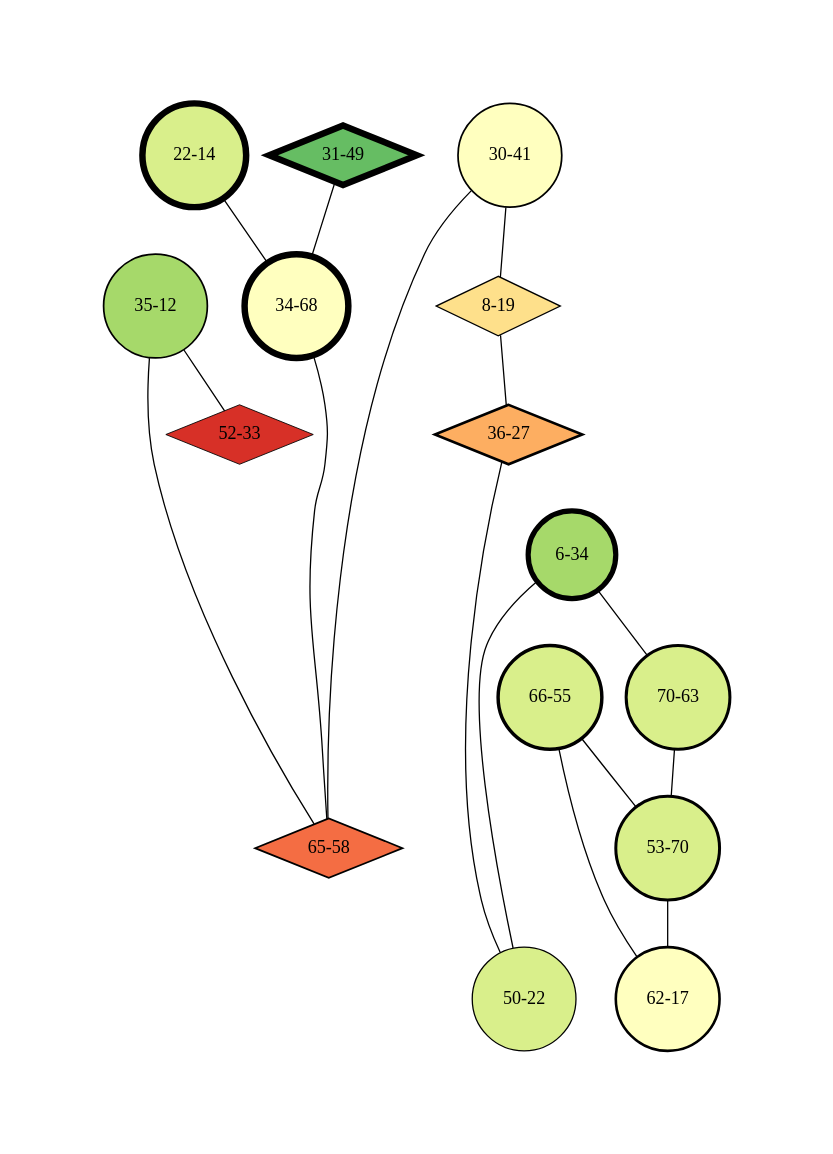
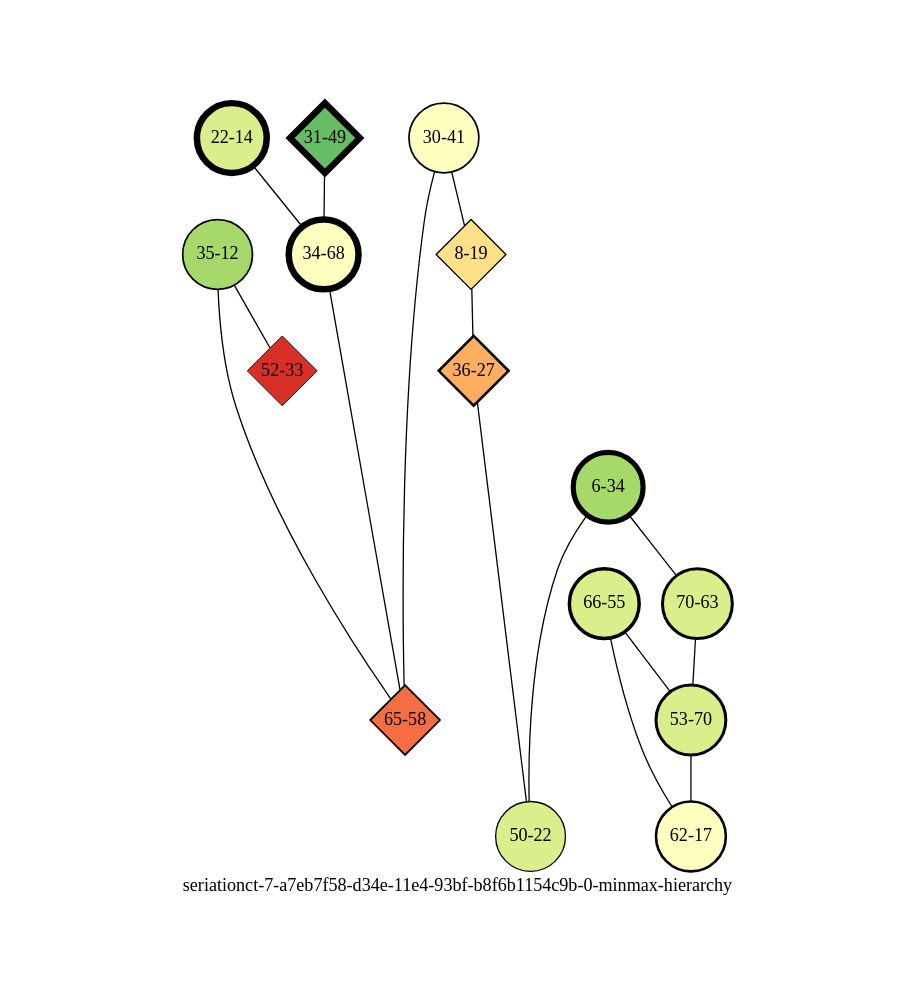
Before and after one commit to mmadsen/experiment-seriationct: the diagram in experiments/seriationct-7/seriation-results/a7eb7f58-d34e-11e4-93bf-b8f6b1154c9b-0-sampled-0.1/a7eb7f58-d34e-11e4-93bf-b8f6b1154c9b-0-sampled-0.1-minmax-by-weight.png-annotated-hierarchy.dot, drawn with Graphviz. The commit also changed 54 other files, not shown here.

```diff
--- a/experiments/seriationct-7/seriation-results/a7eb7f58-d34e-11e4-93bf-b8f6b1154c9b-0-sampled-0.1/a7eb7f58-d34e-11e4-93bf-b8f6b1154c9b-0-sampled-0.1-minmax-by-weight.png-annotated-hierarchy.dot
+++ b/experiments/seriationct-7/seriation-results/a7eb7f58-d34e-11e4-93bf-b8f6b1154c9b-0-sampled-0.1/a7eb7f58-d34e-11e4-93bf-b8f6b1154c9b-0-sampled-0.1-minmax-by-weight.png-annotated-hierarchy.dot
@@ -1,36 +1,37 @@
-strict graph G {
+strict graph "seriationct-7-a7eb7f58-d34e-11e4-93bf-b8f6b1154c9b-0-minmax-hierarchy" {
 labelloc=b;
 ratio=auto;
 pad="1.0";
-node [width="0.3", shape=circle, height="0.3", style=filled, label=""];
+label="seriationct-7-a7eb7f58-d34e-11e4-93bf-b8f6b1154c9b-0-minmax-hierarchy";
+node [width="0.75", style=filled, fixedsize=true, height="0.75", shape=circle, label=""];
 0 [xCoordinate="49.0", appears_in_slice=15, yCoordinate="31.0", level=child, colorscheme=rdylgn11, child_of="assemblage-34-37", short_label="31-49", label="31-49", shape=diamond, fillcolor=9, size="312.263661735", parent_node="assemblage-34-37", id=0, penwidth="5.0"];
 1 [xCoordinate="34.0", appears_in_slice=12, yCoordinate="6.0", level=grandchild, colorscheme=rdylgn11, child_of="assemblage-23-47", short_label="6-34", label="6-34", shape=circle, fillcolor=8, size="342.678102186", parent_node="assemblage-60-3", id=1, penwidth="4.0"];
 2 [xCoordinate="14.0", appears_in_slice=15, yCoordinate="22.0", level=grandchild, colorscheme=rdylgn11, child_of="assemblage-64-39", short_label="22-14", label="22-14", shape=circle, fillcolor=7, size="312.263661735", parent_node="assemblage-45-49", id=2, penwidth="5.0"];
 3 [xCoordinate="68.0", appears_in_slice=15, yCoordinate="34.0", level=grandchild, colorscheme=rdylgn11, child_of="assemblage-23-55", short_label="34-68", label="34-68", shape=circle, fillcolor=6, size="312.263661735", parent_node="assemblage-28-29", id=3, penwidth="5.0"];
 4 [xCoordinate="41.0", appears_in_slice=4, yCoordinate="30.0", level=grandchild, colorscheme=rdylgn11, child_of="assemblage-23-55", short_label="30-41", label="30-41", shape=circle, fillcolor=6, size="619.755402642", parent_node="assemblage-63-56", id=4, penwidth="1.33333333333"];
 5 [xCoordinate="19.0", appears_in_slice=3, yCoordinate="8.0", level=child, colorscheme=rdylgn11, child_of="assemblage-57-46", short_label="8-19", label="8-19", shape=diamond, fillcolor=5, size="668.278670854", parent_node="assemblage-57-46", id=5, penwidth="1.0"];
 6 [xCoordinate="12.0", appears_in_slice=4, yCoordinate="35.0", level=grandchild, colorscheme=rdylgn11, child_of="assemblage-23-47", short_label="35-12", label="35-12", shape=circle, fillcolor=8, size="283.247586364", parent_node="assemblage-34-7", id=9, penwidth="1.33333333333"];
 7 [xCoordinate="55.0", appears_in_slice=8, yCoordinate="66.0", level=grandchild, colorscheme=rdylgn11, child_of="assemblage-64-39", short_label="66-55", label="66-55", shape=circle, fillcolor=7, size="255.909549086", parent_node="assemblage-60-48", id=7, penwidth="2.66666666667"];
 8 [xCoordinate="63.0", appears_in_slice=7, yCoordinate="70.0", level=grandchild, colorscheme=rdylgn11, child_of="assemblage-64-39", short_label="70-63", label="70-63", shape=circle, fillcolor=7, size="280.791707695", parent_node="assemblage-68-63", id=8, penwidth="2.33333333333"];
 9 [xCoordinate="70.0", appears_in_slice=7, yCoordinate="53.0", level=grandchild, colorscheme=rdylgn11, child_of="assemblage-64-39", short_label="53-70", label="53-70", shape=circle, fillcolor=7, size="1482.31068176", parent_node="assemblage-68-63", id=6, penwidth="2.33333333333"];
 10 [xCoordinate="27.0", appears_in_slice=6, yCoordinate="36.0", level=child, colorscheme=rdylgn11, child_of="assemblage-10-43", short_label="36-27", label="36-27", shape=diamond, fillcolor=4, size="593.116547903", parent_node="assemblage-10-43", id=13, penwidth="2.0"];
 11 [xCoordinate="22.0", appears_in_slice=3, yCoordinate="50.0", level=grandchild, colorscheme=rdylgn11, child_of="assemblage-64-39", short_label="50-22", label="50-22", shape=circle, fillcolor=7, size="385.03108449", parent_node="assemblage-68-51", id=11, penwidth="1.0"];
 12 [xCoordinate="58.0", appears_in_slice=4, yCoordinate="65.0", level=child, colorscheme=rdylgn11, child_of="assemblage-58-16", short_label="65-58", label="65-58", shape=diamond, fillcolor=3, size="932.080242849", parent_node="assemblage-58-16", id=12, penwidth="1.33333333333"];
 13 [xCoordinate="17.0", appears_in_slice=6, yCoordinate="62.0", level=grandchild, colorscheme=rdylgn11, child_of="assemblage-23-55", short_label="62-17", label="62-17", shape=circle, fillcolor=6, size="312.324840208", parent_node="assemblage-38-25", id=10, penwidth="2.0"];
 14 [xCoordinate="33.0", appears_in_slice=2, yCoordinate="52.0", level=child, colorscheme=rdylgn11, child_of="assemblage-57-46", short_label="52-33", label="52-33", shape=diamond, fillcolor=2, size="407.684598757", parent_node="assemblage-57-46", id=14, penwidth="0.666666666667"];
 0 -- 3  [inverseweight="1.22371548781", weight="0.817183413926"];
 1 -- 8  [inverseweight="519.331792222", weight="0.00192555128528"];
 1 -- 11  [inverseweight="103.291450201", weight="0.00968134340308"];
 2 -- 3  [inverseweight="1.20641874572", weight="0.828899586939"];
 3 -- 12  [inverseweight="5.87654893431", weight="0.170167901464"];
 4 -- 12  [inverseweight="87.7844119726", weight="0.0113915440968"];
 4 -- 5  [inverseweight="23.6902150659", weight="0.0422115205463"];
 5 -- 10  [inverseweight="22.2010650766", weight="0.0450428840486"];
 6 -- 12  [inverseweight="4.32126887322", weight="0.231413510554"];
 6 -- 14  [inverseweight="17.2464550455", weight="0.0579829302523"];
 7 -- 9  [inverseweight="37924.8309323", weight="2.63679487928e-05"];
 7 -- 13  [inverseweight=1000000000000, weight="1e-12"];
 8 -- 9  [inverseweight="29301.4406957", weight="3.41280147412e-05"];
 9 -- 13  [inverseweight="37924.8309323", weight="2.63679487928e-05"];
 10 -- 11  [inverseweight="69.7931634812", weight="0.0143280509168"];
 }
```
